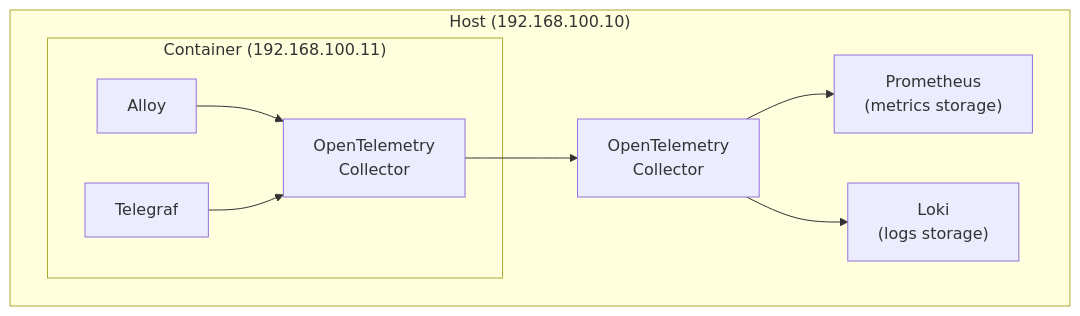
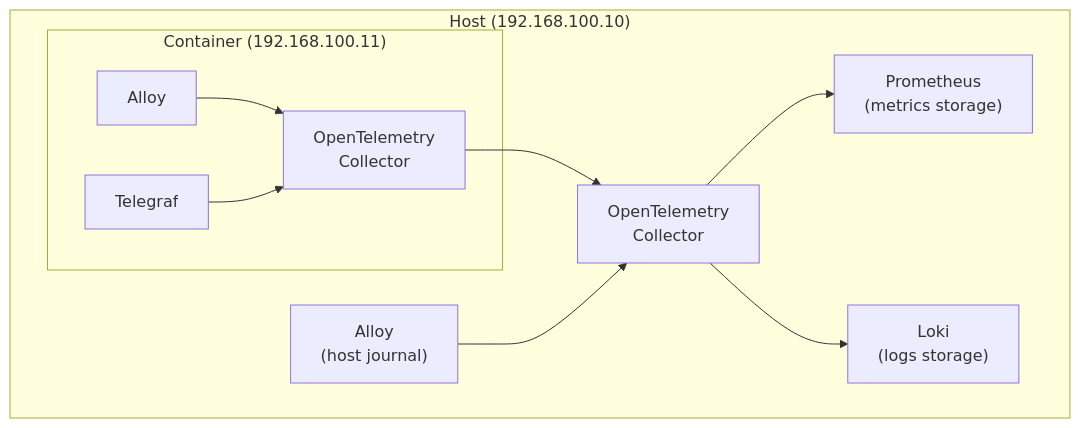
One commit to mrVanDalo/nixos-telemetry changed the fourth of 5 diagrams in README.md. Above: the diagram before and after it, drawn with Mermaid. The commit also changed other lines of this file and 13 other files, not shown here.

````diff
--- a/README.md
+++ b/README.md
@@ -248,18 +248,20 @@
 ```mermaid
 graph TD
     subgraph Host["Host (192.168.100.10)"]
         HostOTel["OpenTelemetry<br/>Collector"]
         Prometheus["Prometheus<br/>(metrics storage)"]
         Loki["Loki<br/>(logs storage)"]
+        HostAlloy["Alloy<br/>(host journal)"]
         subgraph Container["Container (192.168.100.11)"]
             Alloy["Alloy"]
             Telegraf["Telegraf"]
             ContainerOTel["OpenTelemetry<br/>Collector"]
         end
     end
     Alloy --> ContainerOTel
     Telegraf --> ContainerOTel
     ContainerOTel --> HostOTel
     HostOTel --> Prometheus
     HostOTel --> Loki
+    HostAlloy --> HostOTel
 ```
````
